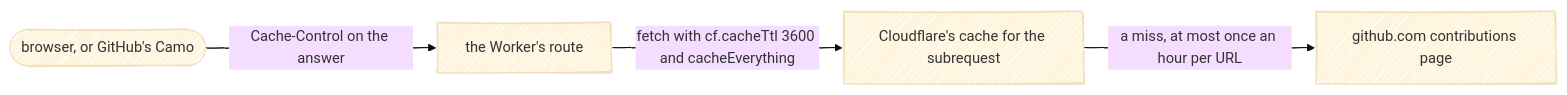
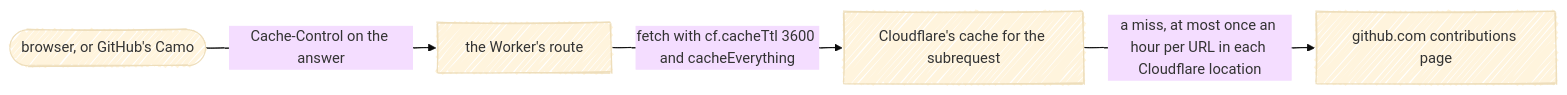
One commit to fbuireu/contribKit changed the seventh of 7 diagrams in docs/wiki/How-It-Works.md. Above: the diagram before and after it, drawn with Mermaid (base theme). The commit also changed other lines of this file and 8 other files, not shown here.

First line of the commit message:
docs: draw the layer map, CI, hook, middleware and cache diagrams as the code has them

````diff
--- a/docs/wiki/How-It-Works.md
+++ b/docs/wiki/How-It-Works.md
@@ -261,11 +263,11 @@
 ```mermaid
 ---
 config:
   look: handDrawn
   layout: dagre
 ---
 flowchart LR
     reader(["browser, or GitHub's Camo"]) -->|"Cache-Control on the answer"| worker["the Worker's route"]
     worker -->|"fetch with cf.cacheTtl 3600 and cacheEverything"| edge["Cloudflare's cache for the subrequest"]
-    edge -->|"a miss, at most once an hour per URL"| github["github.com contributions page"]
+    edge -->|"a miss, at most once an hour per URL in each Cloudflare location"| github["github.com contributions page"]
 ```
````
